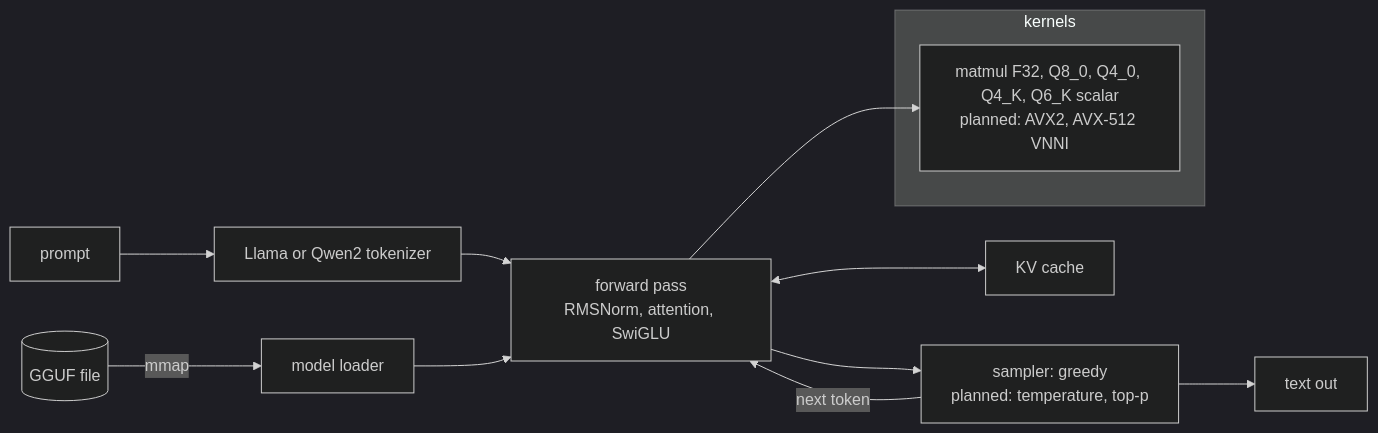
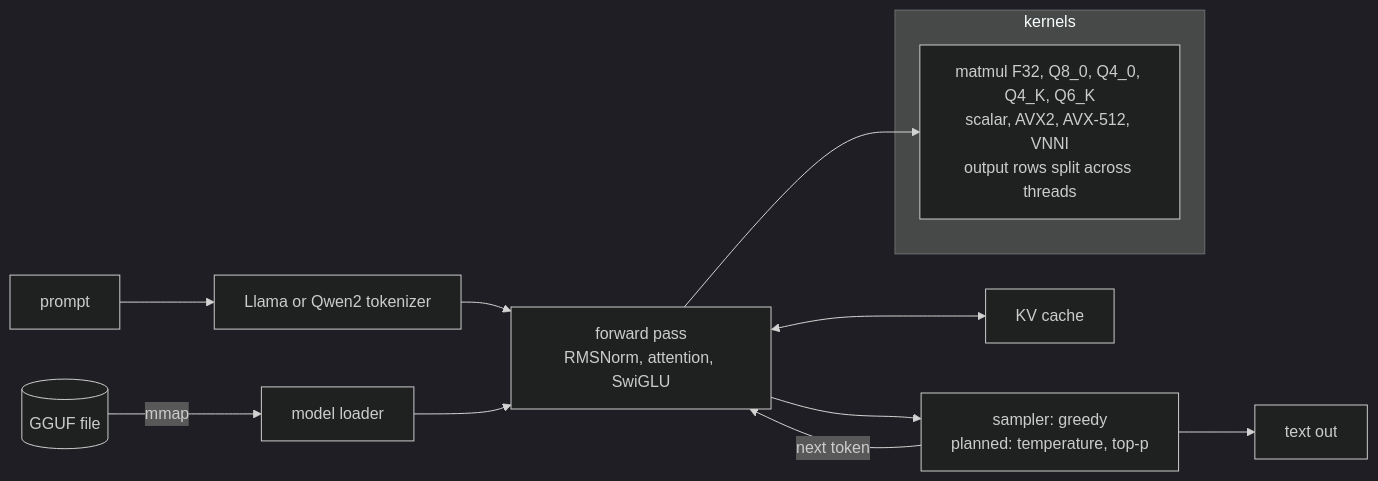
Before and after one commit to DanielMellen-University/Neuron: the diagram in README.md, drawn with Mermaid (dark theme). The commit also changed other lines of this file and 2 other files, not shown here.

````diff
--- a/README.md
+++ b/README.md
@@ -119,15 +139,15 @@
 ```mermaid
 flowchart LR
   P[prompt] --> T[Llama or Qwen2 tokenizer]
   G[(GGUF file)] -->|mmap| L[model loader]
   T --> F
   L --> F[forward pass<br/>RMSNorm, attention, SwiGLU]
   F <--> K[KV cache]
   F --> S[sampler: greedy<br/>planned: temperature, top-p]
   S -->|next token| F
   S --> O[text out]
   subgraph kernels
-    M[matmul F32, Q8_0, Q4_0, Q4_K, Q6_K scalar<br/>planned: AVX2, AVX-512 VNNI]
+    M[matmul F32, Q8_0, Q4_0, Q4_K, Q6_K<br/>scalar, AVX2, AVX-512, VNNI<br/>output rows split across threads]
   end
   F --> M
 ```
````
